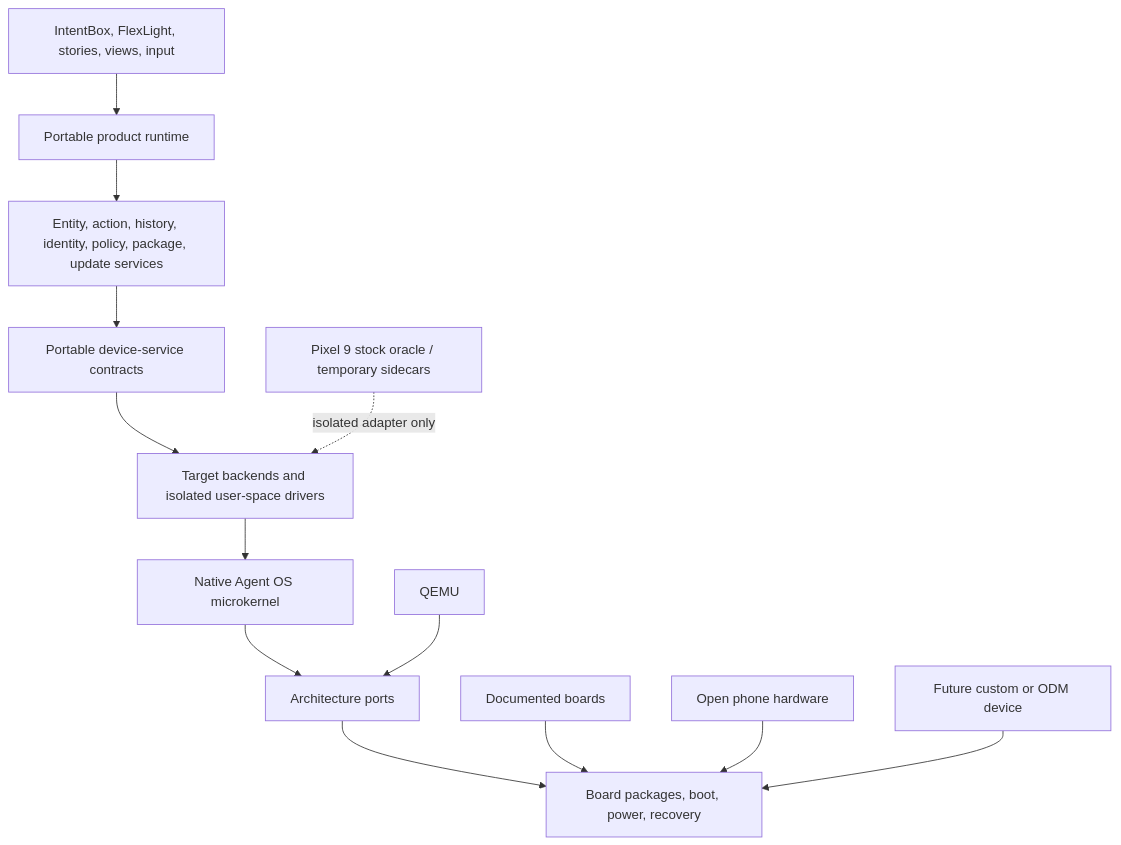
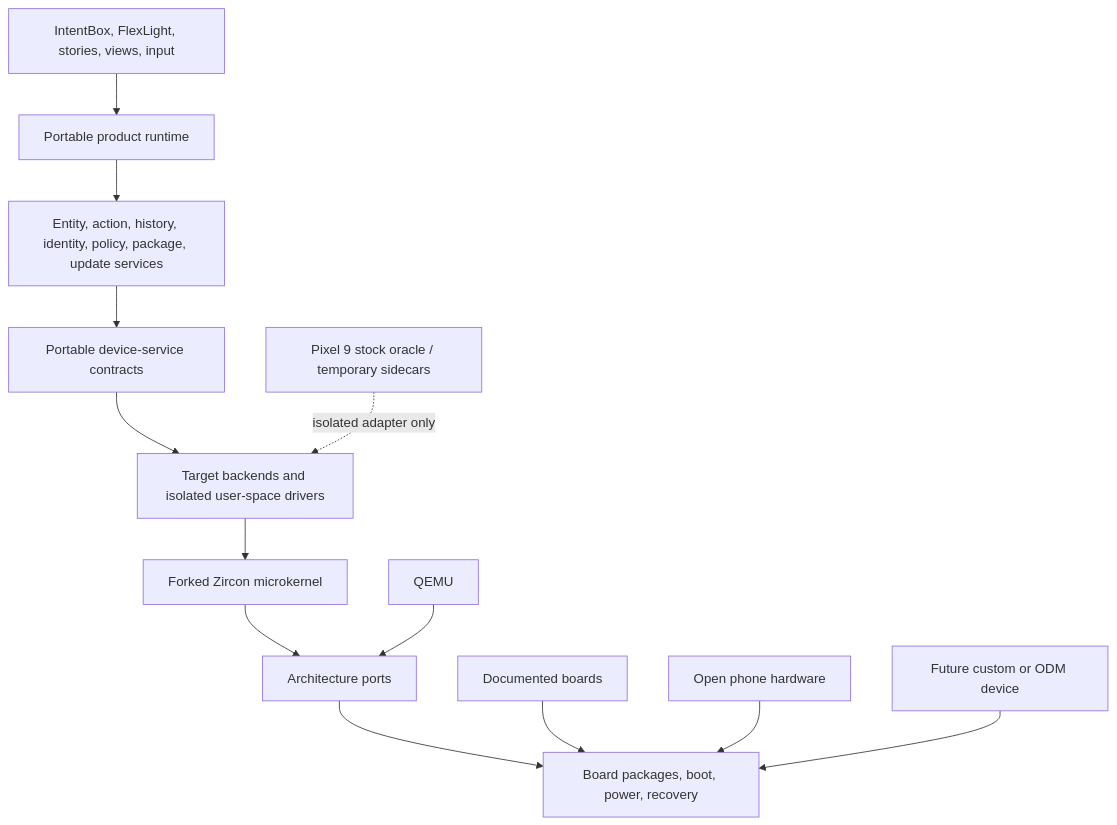
One commit to alex-mextner/AgentOS changed the diagram in engineering-bible/BRIEFING.md. Above: the diagram before and after it, drawn with Mermaid. The commit also changed other lines of this file and 24 other files, not shown here.

````diff
--- a/engineering-bible/BRIEFING.md
+++ b/engineering-bible/BRIEFING.md
@@ -41,16 +41,16 @@
 ```mermaid
 flowchart TB
     UX[IntentBox, FlexLight, stories, views, input] --> PR[Portable product runtime]
     PR --> SYS[Entity, action, history, identity, policy, package, update services]
     SYS --> DEV[Portable device-service contracts]
     DEV --> BK[Target backends and isolated user-space drivers]
-    BK --> K[Native Agent OS microkernel]
+    BK --> K[Forked Zircon microkernel]
     K --> AR[Architecture ports]
     AR --> BP[Board packages, boot, power, recovery]
 
     P9[Pixel 9 stock oracle / temporary sidecars] -. isolated adapter only .-> BK
     Q[QEMU] --> AR
     D[Documented boards] --> BP
     O[Open phone hardware] --> BP
     C[Future custom or ODM device] --> BP
 ```
````
